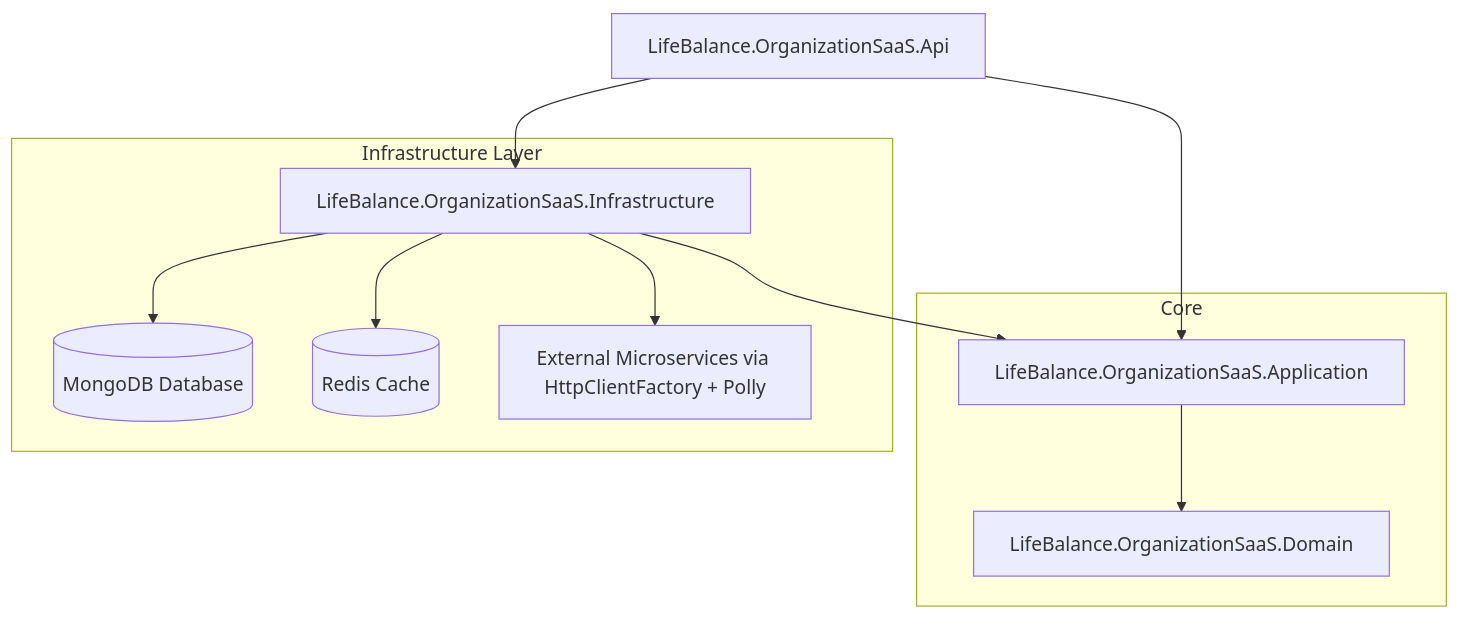
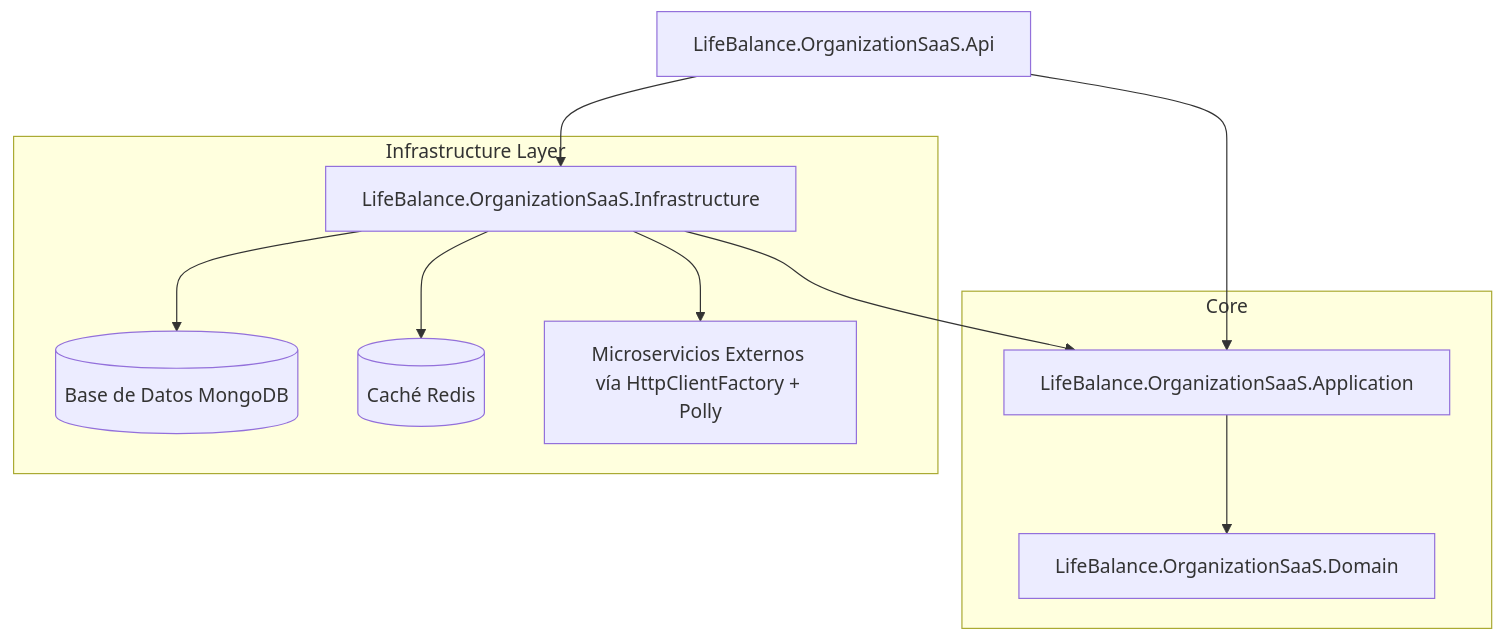
Before and after one commit to lifebalancew47ch-cmd/Backend: the diagram in OrganizationAndSaaS/README.md, drawn with Mermaid. The commit also changed other lines of this file and 1037 other files, not shown here.

````diff
--- a/OrganizationAndSaaS/README.md
+++ b/OrganizationAndSaaS/README.md
@@ -16,18 +16,18 @@
 ```mermaid
 graph TD
     API[LifeBalance.OrganizationSaaS.Api] --> INFRA[LifeBalance.OrganizationSaaS.Infrastructure]
     API --> APP[LifeBalance.OrganizationSaaS.Application]
     INFRA --> APP
     APP --> DOMAIN[LifeBalance.OrganizationSaaS.Domain]
     
     subgraph Core
         DOMAIN
         APP
     end
     
     subgraph Infrastructure Layer
-        INFRA --> MONGO[(MongoDB Database)]
-        INFRA --> REDIS[(Redis Cache)]
-        INFRA --> EXT[External Microservices via HttpClientFactory + Polly]
+        INFRA --> MONGO[(Base de Datos MongoDB)]
+        INFRA --> REDIS[(Caché Redis)]
+        INFRA --> EXT[Microservicios Externos vía HttpClientFactory + Polly]
     end
 ```
````
